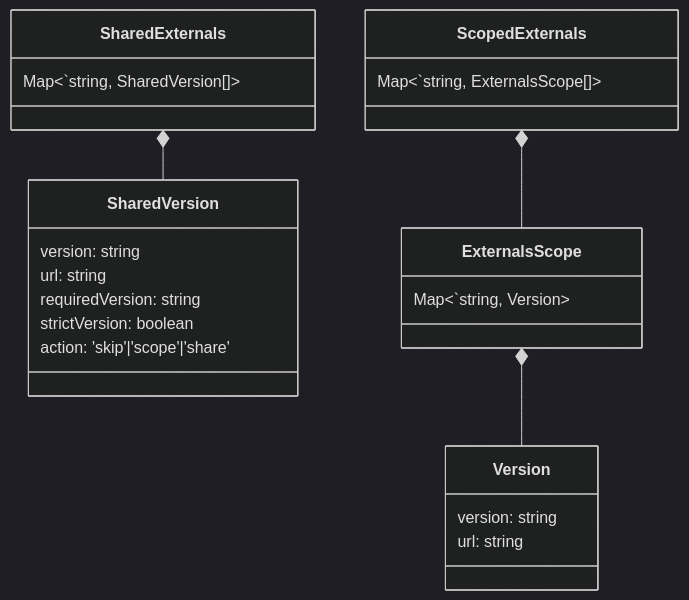
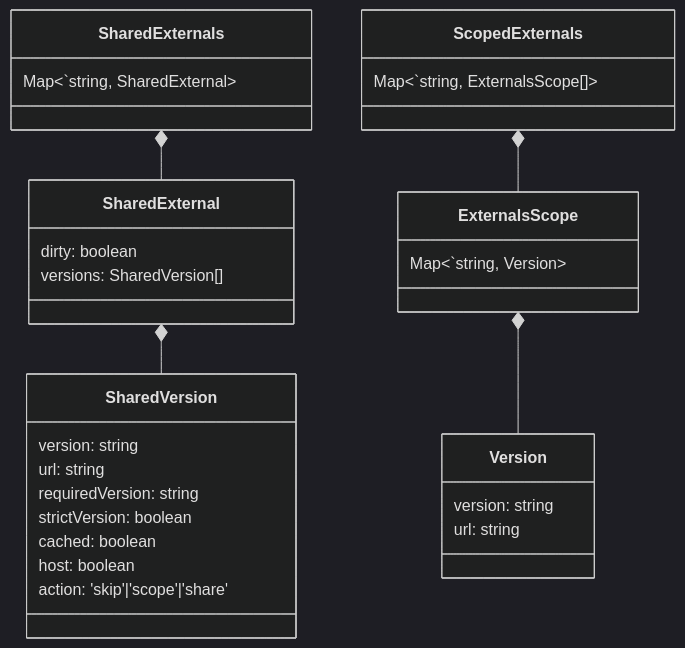
Before and after one commit to topicusonderwijs/vanilla-native-federation: the diagram in docs/domain/externals.md, drawn with Mermaid (dark theme). The commit also changed other lines of this file and 4 other files, not shown here.

````diff
--- a/docs/domain/externals.md
+++ b/docs/domain/externals.md
@@ -8,29 +8,35 @@
 ```mermaid
 classDiagram
-    SharedExternals *-- SharedVersion
+    SharedExternals *-- SharedExternal
+    SharedExternal *-- SharedVersion
     ScopedExternals *-- ExternalsScope
     ExternalsScope *-- Version
 
     class SharedExternals {
-        Map<`string, SharedVersion[]>
+        Map<`string, SharedExternal>
+    }
+    class SharedExternal {
+        dirty: boolean
+        versions: SharedVersion[]
     }
     class SharedVersion{
         version: string
         url: string
         requiredVersion: string
         strictVersion: boolean
+        cached: boolean
+        host: boolean
         action: 'skip'|'scope'|'share'
     }  
     class ScopedExternals {
         Map<`string, ExternalsScope[]>
     } 
     class ExternalsScope {
         Map<`string, Version>
     } 
     class Version{
         version: string
         url: string
     }
 
-
 ```
````
